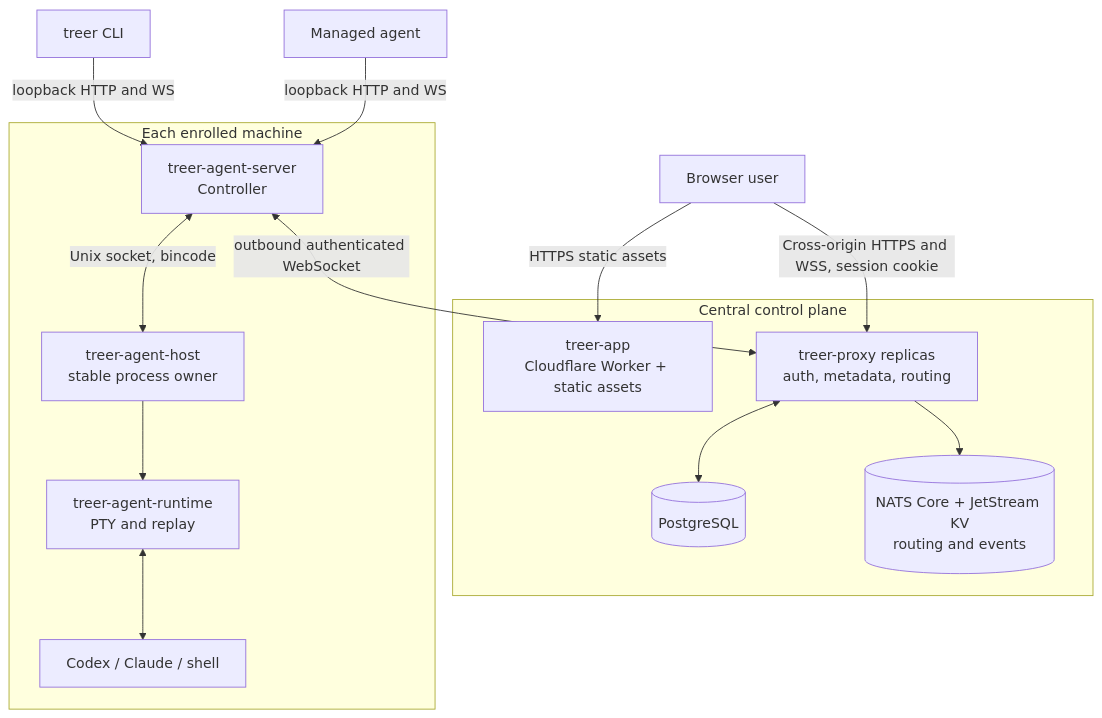
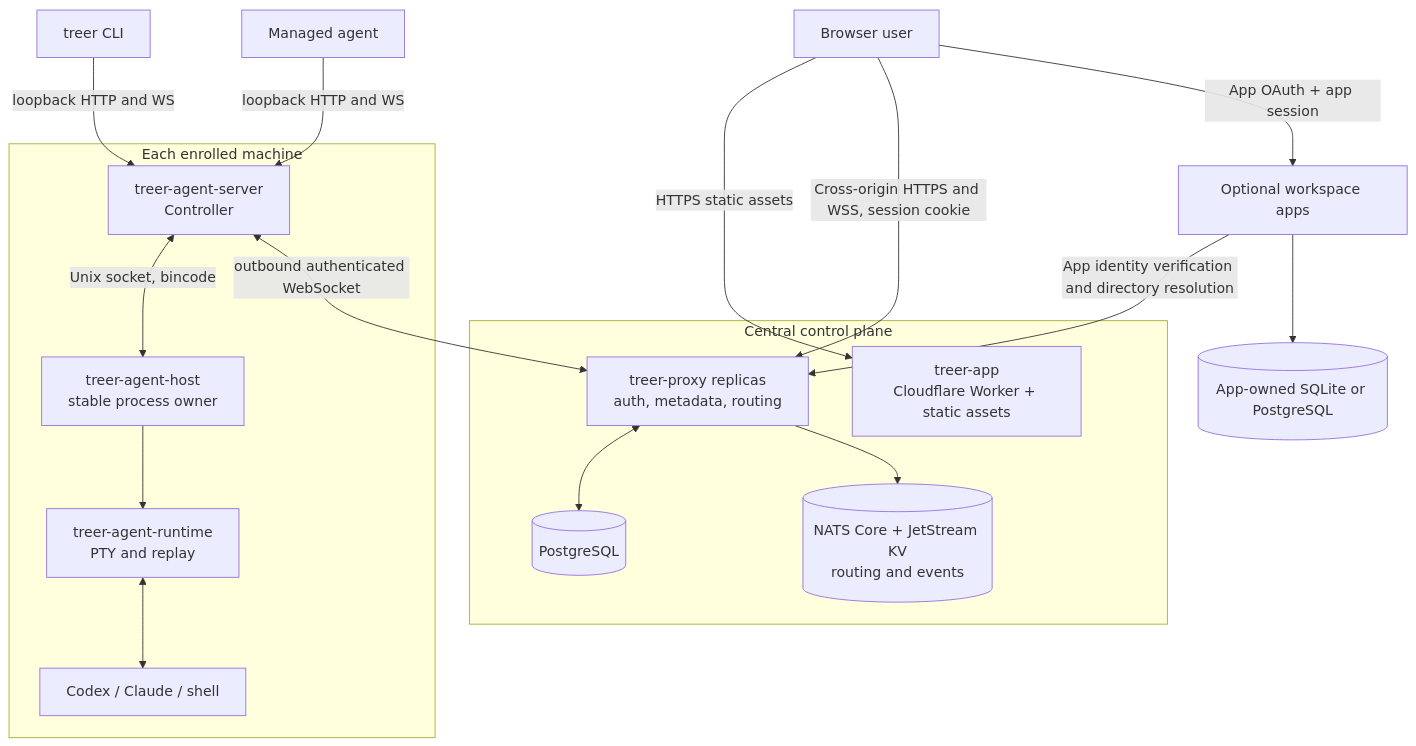
One commit to EvoEvolver/treer changed the first of 2 diagrams in docs/architecture.md. Above: the diagram before and after it, drawn with Mermaid. The commit also changed other lines of this file and 36 other files, not shown here.

Commit message:
Extract mail into optional workspace app

````diff
--- a/docs/architecture.md
+++ b/docs/architecture.md
@@ -12,28 +12,31 @@
 ```mermaid
 flowchart TB
     Browser[Browser user] -->|HTTPS static assets| Web
     Browser -->|Cross-origin HTTPS and WSS, session cookie| Proxy
+    Browser -->|App OAuth + app session| Apps[Optional workspace apps]
     CLI[treer CLI] -->|loopback HTTP and WS| Controller
     Agent[Managed agent] -->|loopback HTTP and WS| Controller
 
     subgraph Central[Central control plane]
         Proxy["treer-proxy replicas<br/>auth, metadata, routing"]
         DB[(PostgreSQL)]
         NATS[(NATS Core + JetStream KV<br/>routing and events)]
         Web[treer-app<br/>Cloudflare Worker + static assets]
         Proxy <--> DB
         Proxy --> NATS
     end
 
     subgraph Machine[Each enrolled machine]
         Controller["treer-agent-server<br/>Controller"]
         Host["treer-agent-host<br/>stable process owner"]
         Runtime["treer-agent-runtime<br/>PTY and replay"]
         Processes[Codex / Claude / shell]
         Controller <-->|Unix socket, bincode| Host
         Host --> Runtime
         Runtime <--> Processes
     end
 
     Controller <-->|outbound authenticated WebSocket| Proxy
+    Apps -->|App identity verification and directory resolution| Proxy
+    Apps --> AppDB[(App-owned SQLite or PostgreSQL)]
 ```
````
